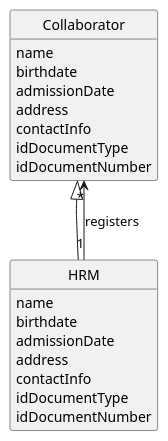
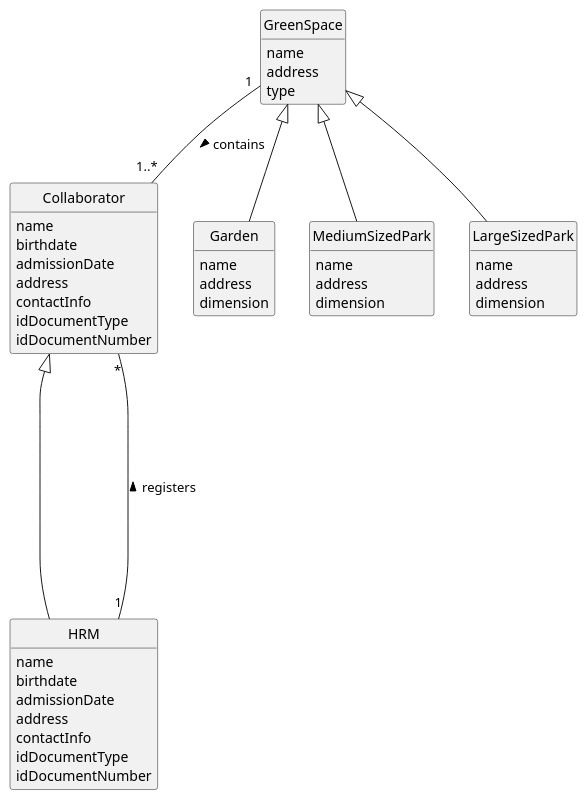
Before and after one commit to diogoveirospro/lei-24-s2-1dg-g072: the diagram in docs/sprintA/us003/02.analysis/puml/us003-domain-model.puml, drawn with PlantUML. The commit also changed 2 other files, not shown here.

```diff
--- a/docs/sprintA/us003/02.analysis/puml/us003-domain-model.puml
+++ b/docs/sprintA/us003/02.analysis/puml/us003-domain-model.puml
@@ -1,35 +1,62 @@
 @startuml
 skinparam monochrome true
 skinparam packageStyle rectangle
 skinparam shadowing false
 
 'left to right direction
 
 skinparam classAttributeIconSize 0
 
 hide circle
 hide methods
 class Collaborator {
      name
      birthdate
      admissionDate
      address
      contactInfo
      idDocumentType
      idDocumentNumber
 }
 
 class HRM {
     name
     birthdate
     admissionDate
     address
     contactInfo
     idDocumentType
     idDocumentNumber
 }
+class GreenSpace {
+    name
+    address
+    type
+}
 
-HRM "1" --> "*" Collaborator : registers
-Collaborator <|-- HRM
+class Garden {
+    name
+    address
+    dimension
+}
+
+class MediumSizedPark {
+    name
+    address
+    dimension
+}
+
+class LargeSizedPark {
+    name
+    address
+    dimension
+}
+
+GreenSpace "1" -- "1..*" Collaborator: contains >
+GreenSpace <|-- Garden
+GreenSpace <|-- MediumSizedPark
+GreenSpace <|-- LargeSizedPark
+HRM "1" ----- "*" Collaborator : registers >
+Collaborator <|---- HRM
 
 @enduml
```
